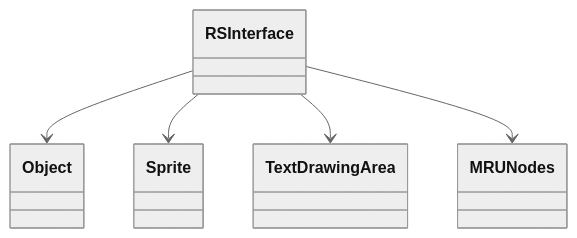
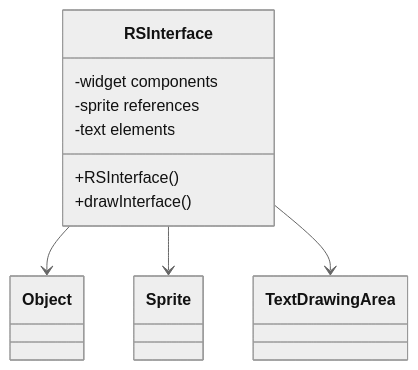
The diagram in bytecode/mapping/evidence/verified/RSInterface_DUCMKFAY.md (daxxog/solmud), drawn with Mermaid (neutral theme) before and after one commit. The commit also changed other lines of this file and 38 other files, not shown here.

````diff
--- a/bytecode/mapping/evidence/verified/RSInterface_DUCMKFAY.md
+++ b/bytecode/mapping/evidence/verified/RSInterface_DUCMKFAY.md
@@ -9,7 +16,11 @@
 ```mermaid
 classDiagram
     RSInterface --> Object
     RSInterface --> Sprite
     RSInterface --> TextDrawingArea
-    RSInterface --> MRUNodes
+    RSInterface : +RSInterface()
+    RSInterface : +drawInterface()
+    RSInterface : -widget components
+    RSInterface : -sprite references
+    RSInterface : -text elements
 ```
````
